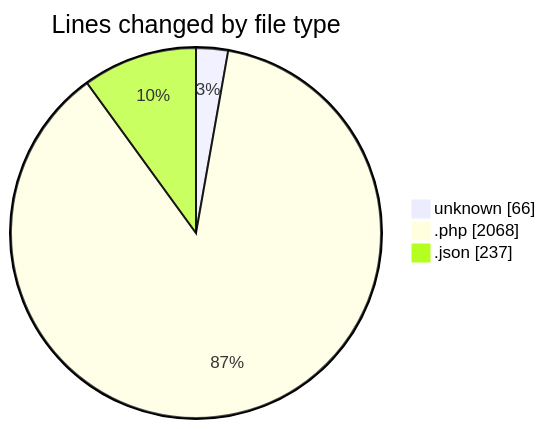
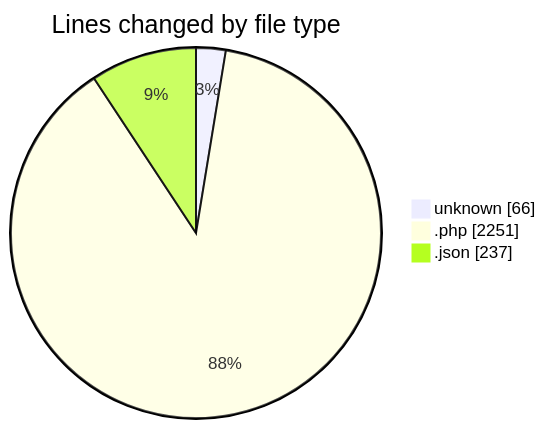
The first of 2 diagrams in 2025-05-15/bookingpodcas/README.md (idhammustaqopulfikri/code-tracking), drawn with Mermaid before and after one commit. The commit also changed other lines of this file and 1 other file, not shown here.

````diff
--- a/2025-05-15/bookingpodcas/README.md
+++ b/2025-05-15/bookingpodcas/README.md
@@ -27,7 +28,7 @@
 ```mermaid
 pie showData
 title Lines changed by file type
 "unknown" : 66
-".php" : 2068
+".php" : 2251
 ".json" : 237
 ```
````
